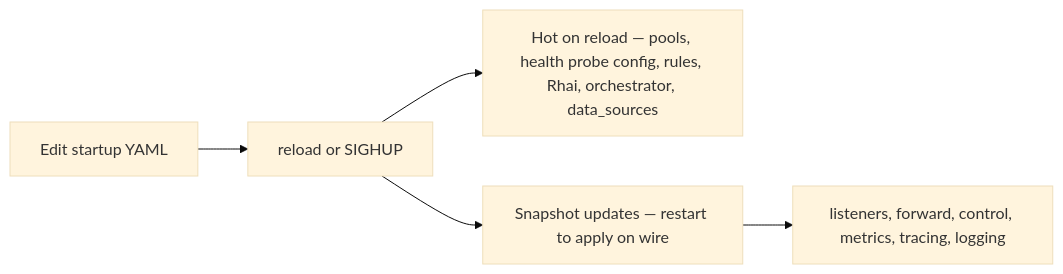
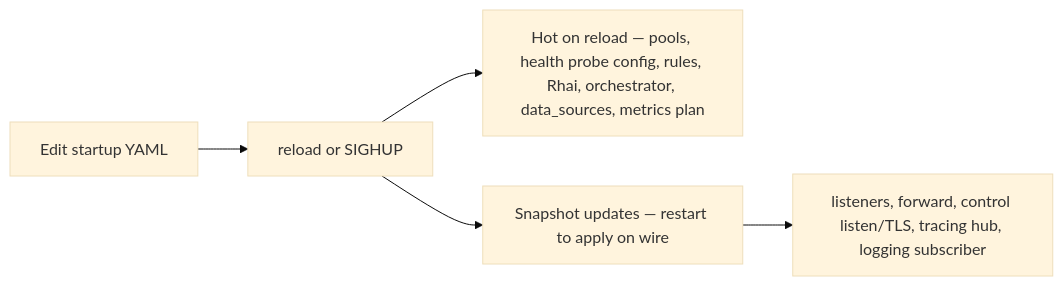
Before and after one commit to egon1024/DNSConduit: the second of 2 diagrams in operator-docs/docs/guides/control-plane-workflows.md, drawn with Mermaid (base theme). The commit also changed other lines of this file and 10 other files, not shown here.

First line of the commit message:
Document control-plane primitives, client TLS/YAML, and overlay remove.

````diff
--- a/operator-docs/docs/guides/control-plane-workflows.md
+++ b/operator-docs/docs/guides/control-plane-workflows.md
@@ -42,9 +42,9 @@
 ```mermaid
 flowchart LR
   Edit[Edit startup YAML] --> Reload[reload or SIGHUP]
 
-  Reload --> Hot[Hot on reload — pools, health probe config, rules, Rhai, orchestrator, data_sources]
+  Reload --> Hot[Hot on reload — pools, health probe config, rules, Rhai, orchestrator, data_sources, metrics plan]
   Reload --> Pending[Snapshot updates — restart to apply on wire]
 
-  Pending --> Restart[listeners, forward, control, metrics, tracing, logging]
+  Pending --> Restart[listeners, forward, control listen/TLS, tracing hub, logging subscriber]
 ```
````
